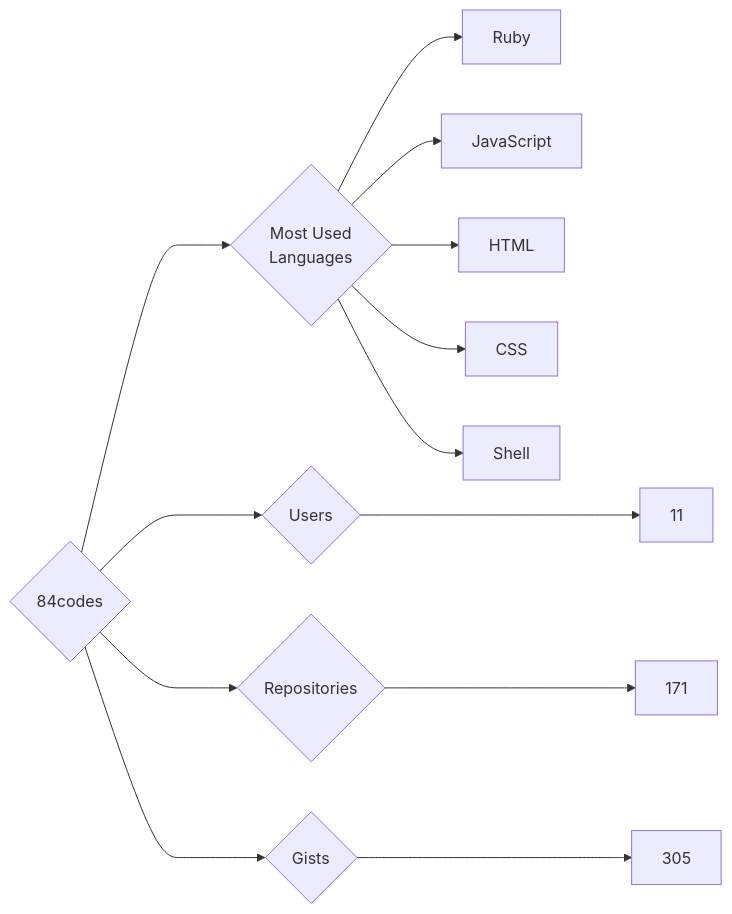
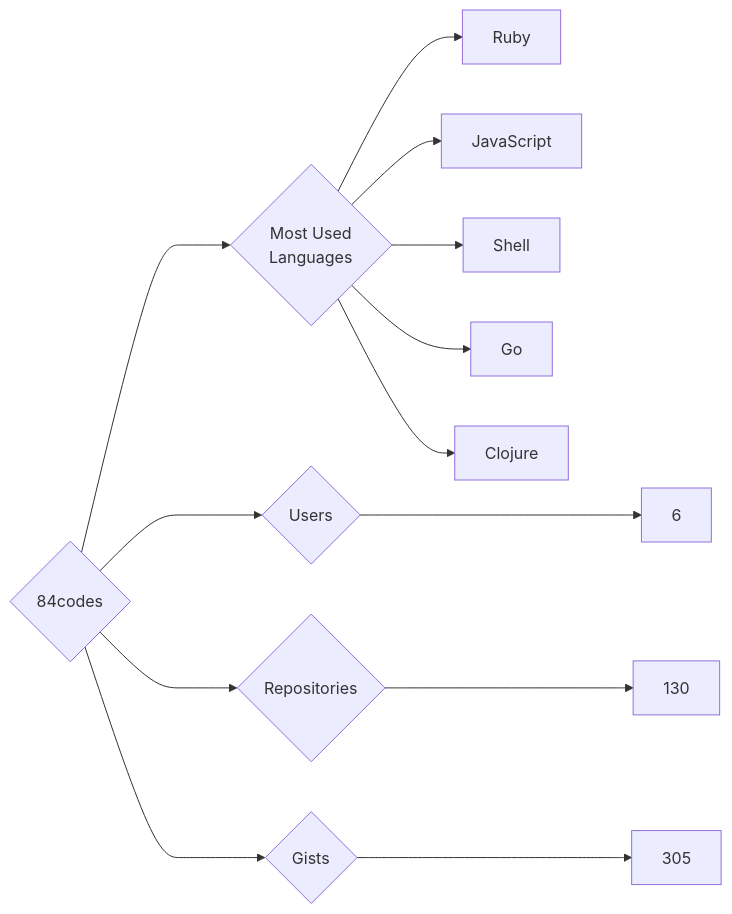
One commit to trickest/insiders changed the diagram in targets/84codes/README.md. Above: the diagram before and after it, drawn with Mermaid. The commit also changed 757 other files, not shown here.

````diff
--- a/targets/84codes/README.md
+++ b/targets/84codes/README.md
@@ -3,13 +3,13 @@
 ```mermaid
 graph LR
 COMPANY_NAME{84codes}
-COMPANY_NAME ---> U{Users} ---> UN[11]
-COMPANY_NAME ---> R{Repositories} ---> RN[171]
+COMPANY_NAME ---> U{Users} ---> UN[6]
+COMPANY_NAME ---> R{Repositories} ---> RN[130]
 COMPANY_NAME ---> G{Gists} ---> GN[305]
 COMPANY_NAME ---> ML{Most Used<br>Languages}
 ML --> Ruby[Ruby]
 ML --> JavaScript[JavaScript]
-ML --> HTML[HTML]
-ML --> CSS[CSS]
 ML --> Shell[Shell]
+ML --> Go[Go]
+ML --> Clojure[Clojure]
 ```
````
